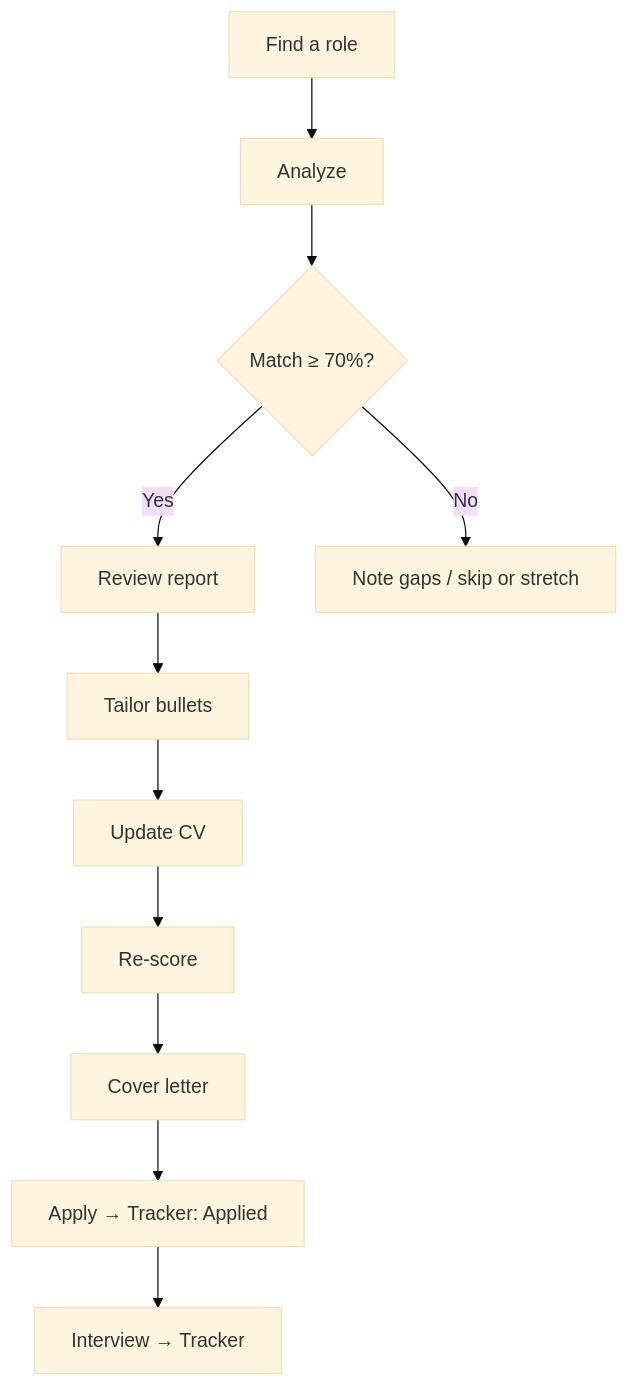
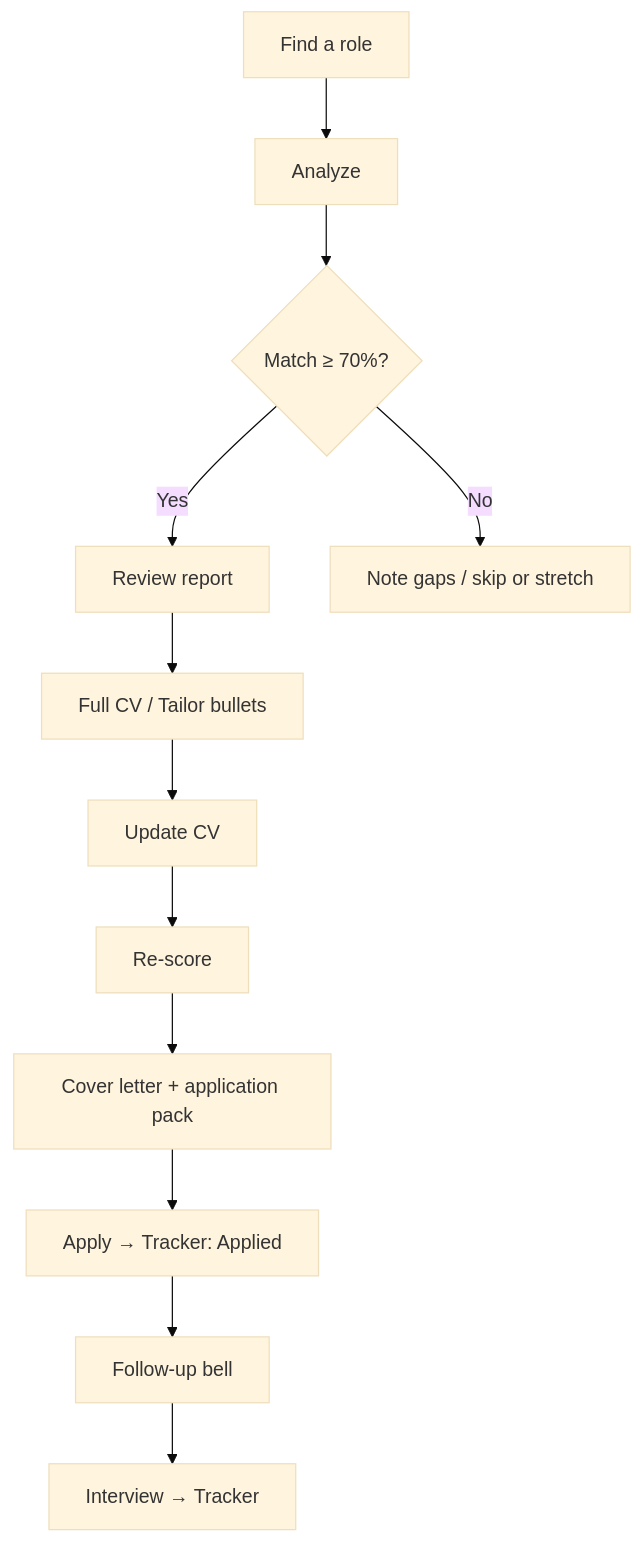
The diagram in website/docs/getting-started/recommended-workflow.md (peterdinis611/JobFitAI), drawn with Mermaid (base theme) before and after one commit. The commit also changed other lines of this file and 22 other files, not shown here.

````diff
--- a/website/docs/getting-started/recommended-workflow.md
+++ b/website/docs/getting-started/recommended-workflow.md
@@ -11,13 +11,14 @@
 ```mermaid
 flowchart TD
   A[Find a role] --> B[Analyze]
   B --> C{Match ≥ 70%?}
   C -->|Yes| D[Review report]
   C -->|No| E[Note gaps / skip or stretch]
-  D --> F[Tailor bullets]
+  D --> F[Full CV / Tailor bullets]
   F --> G[Update CV]
   G --> H[Re-score]
-  H --> I[Cover letter]
+  H --> I[Cover letter + application pack]
   I --> J[Apply → Tracker: Applied]
-  J --> K[Interview → Tracker]
+  J --> K[Follow-up bell]
+  K --> L[Interview → Tracker]
 ```
````
